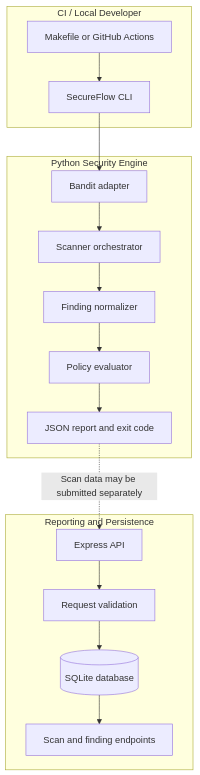
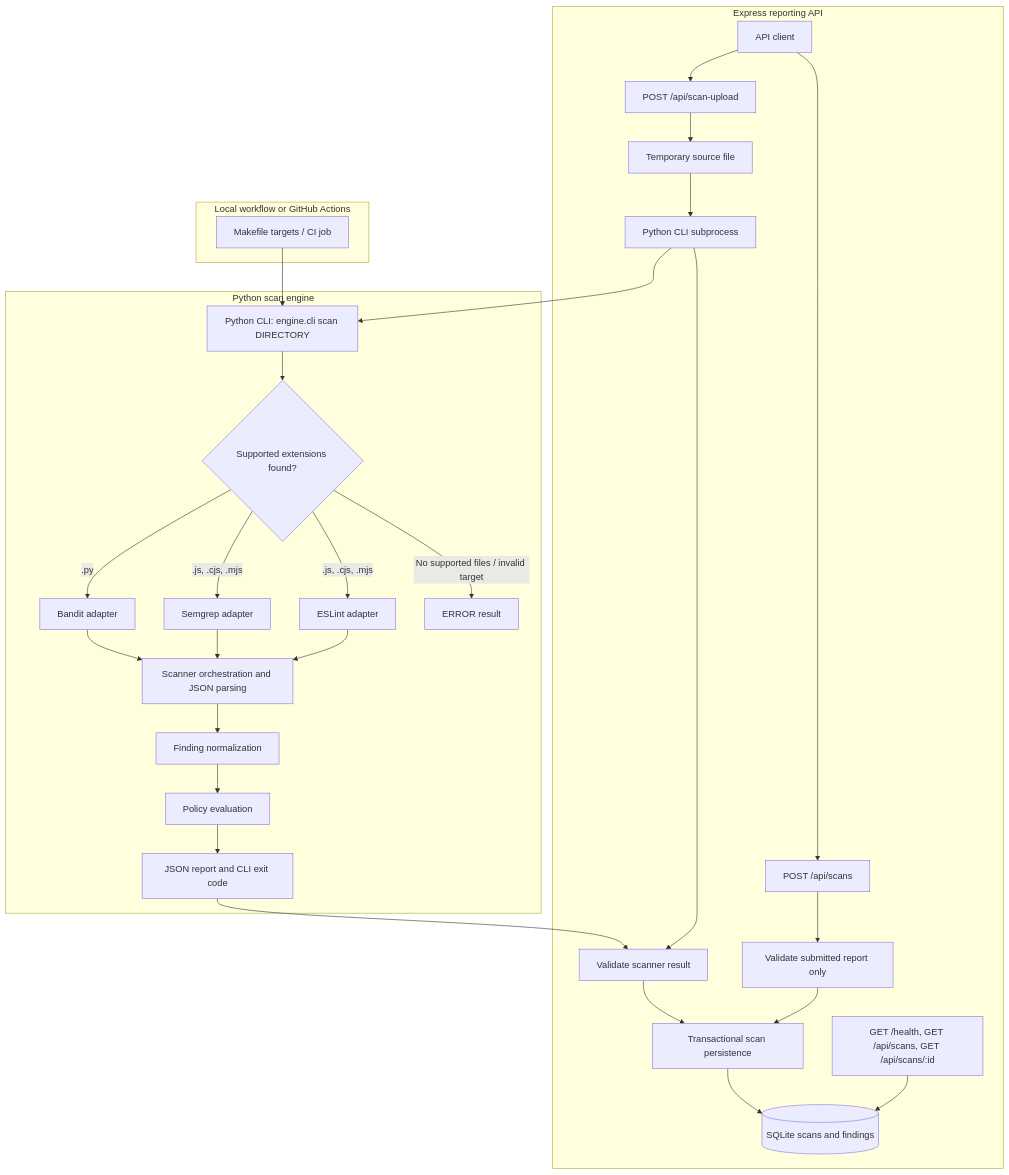
The first of 3 diagrams in docs/architecture.md (Igna73M/secureflow), drawn with Mermaid before and after one commit. The commit also changed other lines of this file and 4 other files, not shown here.

Commit message:
docs: complete SecureFlow documentation

````diff
--- a/docs/architecture.md
+++ b/docs/architecture.md
@@ -16,35 +15,36 @@
 ```mermaid
 flowchart TB
-    subgraph CI["CI / Local Developer"]
-        A["Makefile or GitHub Actions"]
-        B["SecureFlow CLI"]
+    subgraph CI["Local workflow or GitHub Actions"]
+        A["Makefile targets / CI job"]
+    end
+    subgraph ENGINE["Python scan engine"]
+        B["Python CLI: engine.cli scan DIRECTORY"]
         A --> B
+        B --> C{"Supported extensions found?"}
+        C -->|".py"| D["Bandit adapter"]
+        C -->|".js, .cjs, .mjs"| E["Semgrep adapter"]
+        C -->|".js, .cjs, .mjs"| F["ESLint adapter"]
+        C -->|"No supported files / invalid target"| G["ERROR result"]
+        D --> H["Scanner orchestration and JSON parsing"]
+        E --> H
+        F --> H
+        H --> I["Finding normalization"]
+        I --> J["Policy evaluation"]
+        J --> K["JSON report and CLI exit code"]
     end
 
-    subgraph ENGINE["Python Security Engine"]
-        C["Bandit adapter"]
-        D["Scanner orchestrator"]
-        E["Finding normalizer"]
-        F["Policy evaluator"]
-        G["JSON report and exit code"]
-
-        B --> C
-        C --> D
-        D --> E
-        E --> F
-        F --> G
+    subgraph API["Express reporting API"]
+        L["API client"] --> M["POST /api/scan-upload"]
+        L --> N["POST /api/scans"]
+        M --> O["Temporary source file"]
+        O --> P["Python CLI subprocess"]
+        P --> B
+        K --> Q
+        P --> Q["Validate scanner result"]
+        Q --> R["Transactional scan persistence"]
+        N --> S["Validate submitted report only"]
+        S --> R
+        R --> T[("SQLite scans and findings")]
+        U["GET /health, GET /api/scans, GET /api/scans/:id"] --> T
     end
-
-    subgraph REPORTING["Reporting and Persistence"]
-        H["Express API"]
-        I["Request validation"]
-        J[("SQLite database")]
-        K["Scan and finding endpoints"]
-
-        H --> I
-        I --> J
-        J --> K
-    end
-
-    G -. "Scan data may be submitted separately" .-> H
 ```
````
